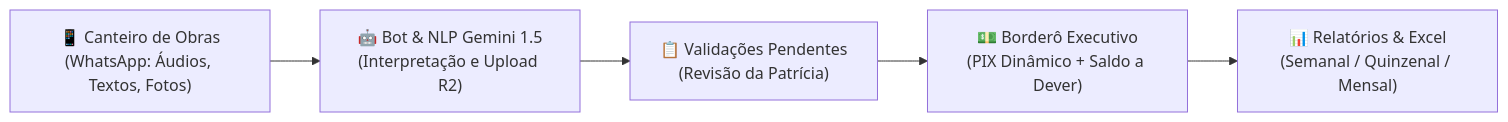
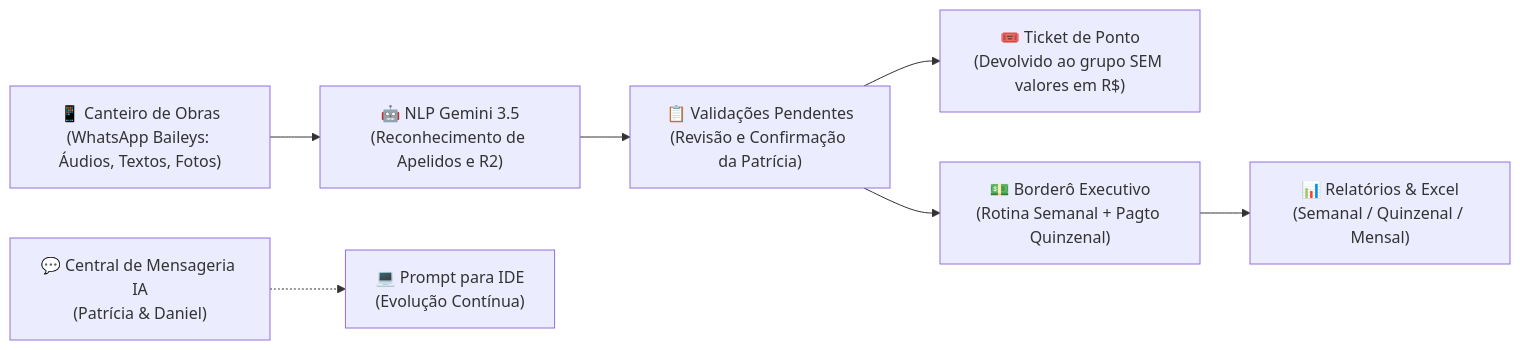
Before and after one commit to danielsoutolopes-cell/diaria.ai: the diagram in RESUMO_EXECUTIVO.md, drawn with Mermaid. The commit also changed other lines of this file, not shown here.

Commit message:
docs: atualiza RESUMO_EXECUTIVO com Baileys, ticket sem valores, apelidos e mensageria

````diff
--- a/RESUMO_EXECUTIVO.md
+++ b/RESUMO_EXECUTIVO.md
@@ -18,7 +18,9 @@
 ```mermaid
 flowchart LR
-    A["📱 Canteiro de Obras<br/>(WhatsApp: Áudios, Textos, Fotos)"] --> B["🤖 Bot & NLP Gemini 1.5<br/>(Interpretação e Upload R2)"]
-    B --> C["📋 Validações Pendentes<br/>(Revisão da Patrícia)"]
-    C --> D["💵 Borderô Executivo<br/>(PIX Dinâmico + Saldo a Dever)"]
-    D --> E["📊 Relatórios & Excel<br/>(Semanal / Quinzenal / Mensal)"]
+    A["📱 Canteiro de Obras<br/>(WhatsApp Baileys: Áudios, Textos, Fotos)"] --> B["🤖 NLP Gemini 3.5<br/>(Reconhecimento de Apelidos e R2)"]
+    B --> C["📋 Validações Pendentes<br/>(Revisão e Confirmação da Patrícia)"]
+    C --> D["🎟️ Ticket de Ponto<br/>(Devolvido ao grupo SEM valores em R$)"]
+    C --> E["💵 Borderô Executivo<br/>(Rotina Semanal + Pagto Quinzenal)"]
+    E --> F["📊 Relatórios & Excel<br/>(Semanal / Quinzenal / Mensal)"]
+    G["💬 Central de Mensageria IA<br/>(Patrícia & Daniel)"] -.-> H["💻 Prompt para IDE<br/>(Evolução Contínua)"]
 ```
````
